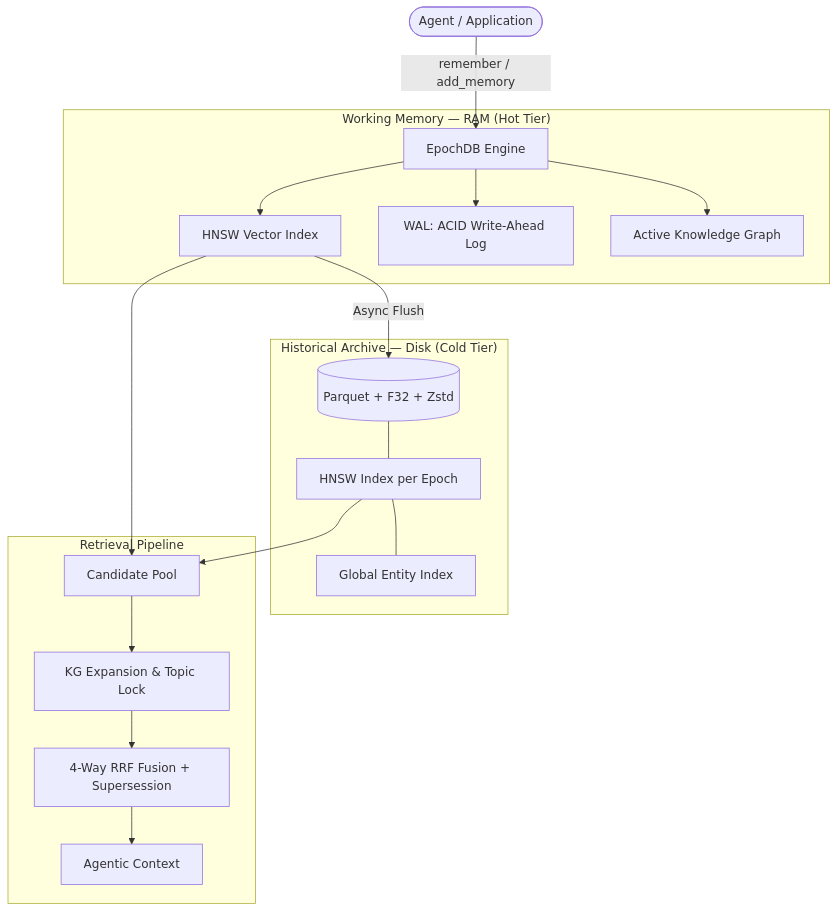
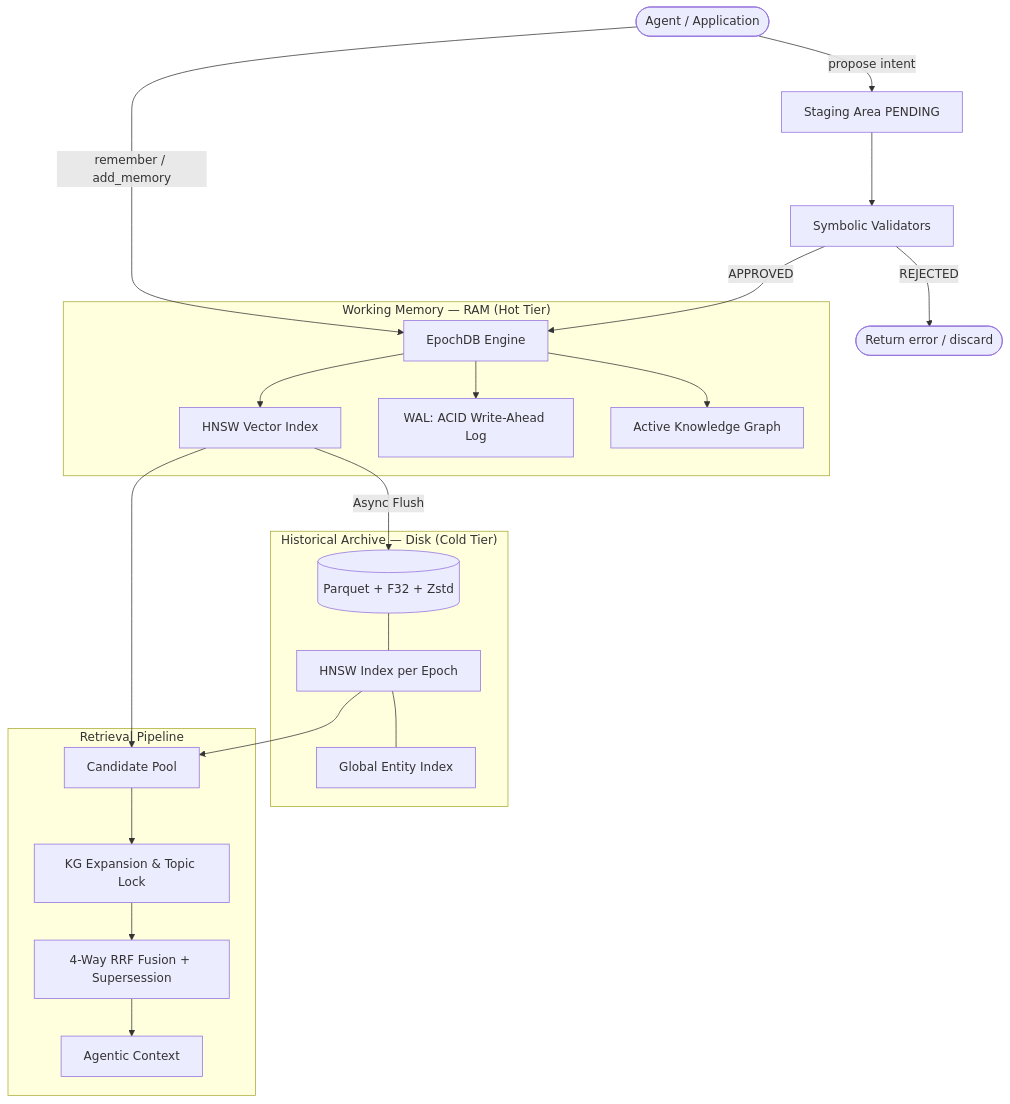
The diagram in README.md (jersobh/epochdb), drawn with Mermaid before and after one commit. The commit also changed other lines of this file and 12 other files, not shown here.

````diff
--- a/README.md
+++ b/README.md
@@ -47,24 +48,29 @@
 ```mermaid
 graph TD
     Agent([Agent / Application]) -->|remember / add_memory| Engine[EpochDB Engine]
+    Agent -->|propose intent| Stage[Staging Area PENDING]
+
+    Stage --> Val[Symbolic Validators]
+    Val -->|APPROVED| Engine
+    Val -->|REJECTED| Reject([Return error / discard])
 
     subgraph "Working Memory — RAM (Hot Tier)"
         Engine --> HNSW_H[HNSW Vector Index]
         Engine --> WAL[WAL: ACID Write-Ahead Log]
         Engine --> KG[Active Knowledge Graph]
     end
 
     subgraph "Historical Archive — Disk (Cold Tier)"
         HNSW_H -->|Async Flush| Parquet[(Parquet + F32 + Zstd)]
         Parquet --- HNSW_C[HNSW Index per Epoch]
         HNSW_C --- GEI[Global Entity Index]
     end
 
     subgraph "Retrieval Pipeline"
         HNSW_H --> Pool[Candidate Pool]
         HNSW_C --> Pool
         Pool --> KG_Exp[KG Expansion & Topic Lock]
         KG_Exp --> RRF[4-Way RRF Fusion + Supersession]
         RRF --> Context[Agentic Context]
     end
 ```
````
